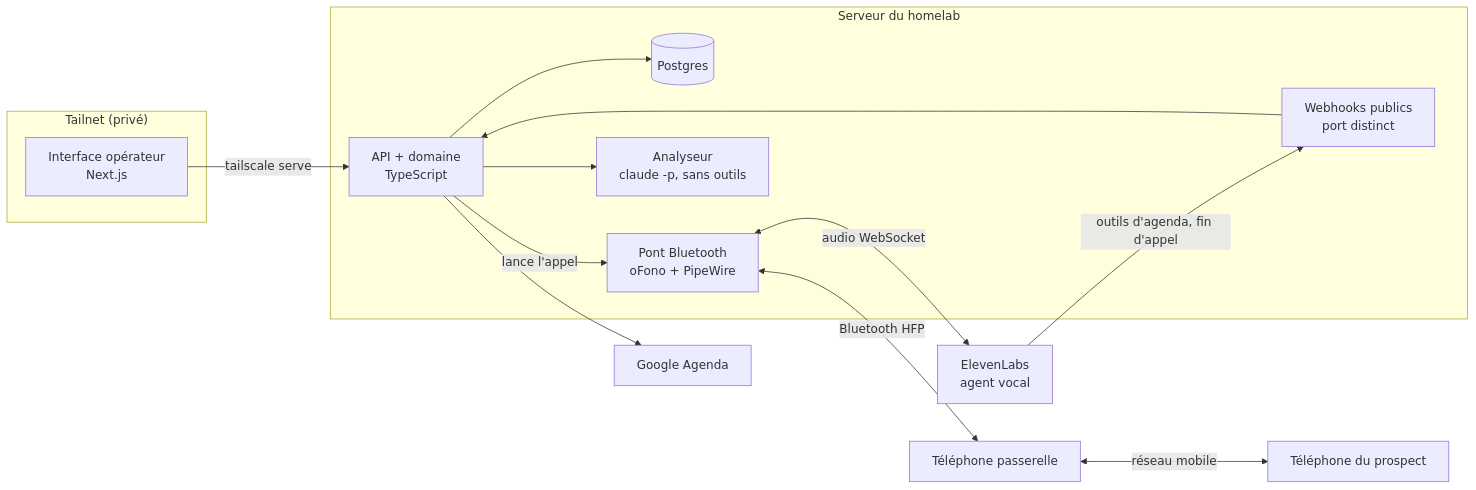
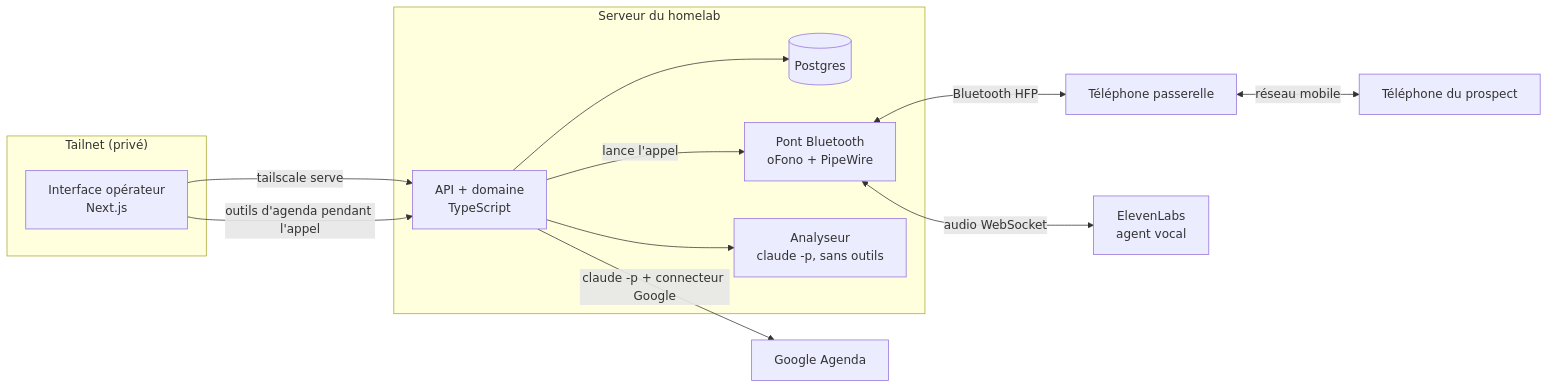
One commit to Tibxla/autocalled changed the diagram in README.md. Above: the diagram before and after it, drawn with Mermaid. The commit also changed other lines of this file and 37 other files, not shown here.

First line of the commit message:
feat: agenda par le connecteur Google de Claude, sans rien exposer

````diff
--- a/README.md
+++ b/README.md
@@ -34,30 +34,28 @@
 ```mermaid
 flowchart LR
     subgraph Tailnet["Tailnet (privé)"]
         UI["Interface opérateur<br/>Next.js"]
     end
 
     subgraph Serveur["Serveur du homelab"]
         API["API + domaine<br/>TypeScript"]
         DB[("Postgres")]
-        WH["Webhooks publics<br/>port distinct"]
         Bridge["Pont Bluetooth<br/>oFono + PipeWire"]
         Analyseur["Analyseur<br/>claude -p, sans outils"]
     end
 
     Phone["Téléphone passerelle"]
     Prospect["Téléphone du prospect"]
     EL["ElevenLabs<br/>agent vocal"]
     GCal["Google Agenda"]
 
     UI -->|tailscale serve| API
     API --> DB
     API -->|lance l'appel| Bridge
     Bridge <-->|Bluetooth HFP| Phone
     Phone <-->|réseau mobile| Prospect
     Bridge <-->|audio WebSocket| EL
-    EL -->|outils d'agenda, fin d'appel| WH
-    WH --> API
-    API --> GCal
+    UI -->|outils d'agenda pendant l'appel| API
+    API -->|claude -p + connecteur Google| GCal
     API --> Analyseur
 ```
````
